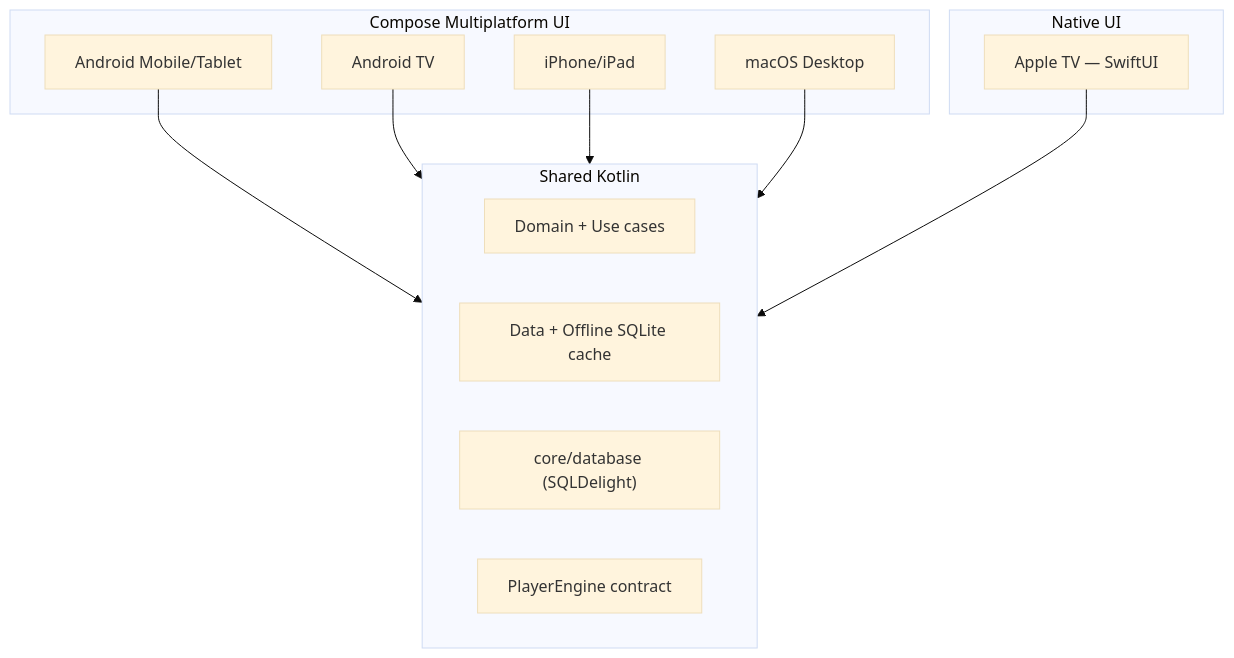
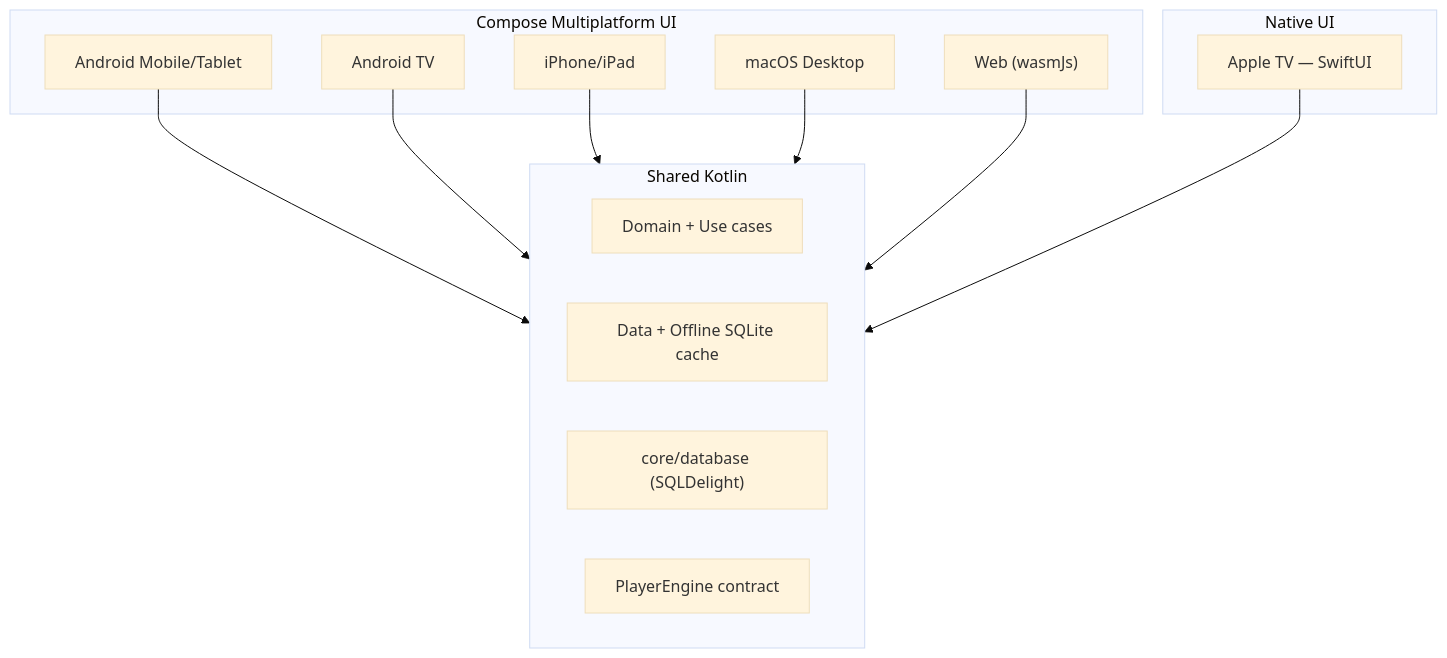
One commit to shyam1234/DemoComposeMultiPlatform changed the diagram in README.md. Above: the diagram before and after it, drawn with Mermaid (base theme). The commit also changed other lines of this file and 48 other files, not shown here.

Commit message:
Add Compose Multiplatform Web (wasmJs) target, GitHub Pages deploy, and update docs

````diff
--- a/README.md
+++ b/README.md
@@ -24,26 +24,28 @@
 ```mermaid
 flowchart TB
     subgraph CMP["Compose Multiplatform UI"]
         Phone["Android Mobile/Tablet"]
         ATV["Android TV"]
         iOS["iPhone/iPad"]
         Mac["macOS Desktop"]
+        Web["Web (wasmJs)"]
     end
 
     subgraph Native["Native UI"]
         tvOS["Apple TV — SwiftUI"]
     end
 
     subgraph Shared["Shared Kotlin"]
         Domain["Domain + Use cases"]
         Data["Data + Offline SQLite cache"]
         Database["core/database (SQLDelight)"]
         Player["PlayerEngine contract"]
     end
 
     Phone --> Shared
     ATV --> Shared
     iOS --> Shared
     Mac --> Shared
+    Web --> Shared
     tvOS --> Shared
 ```
````
